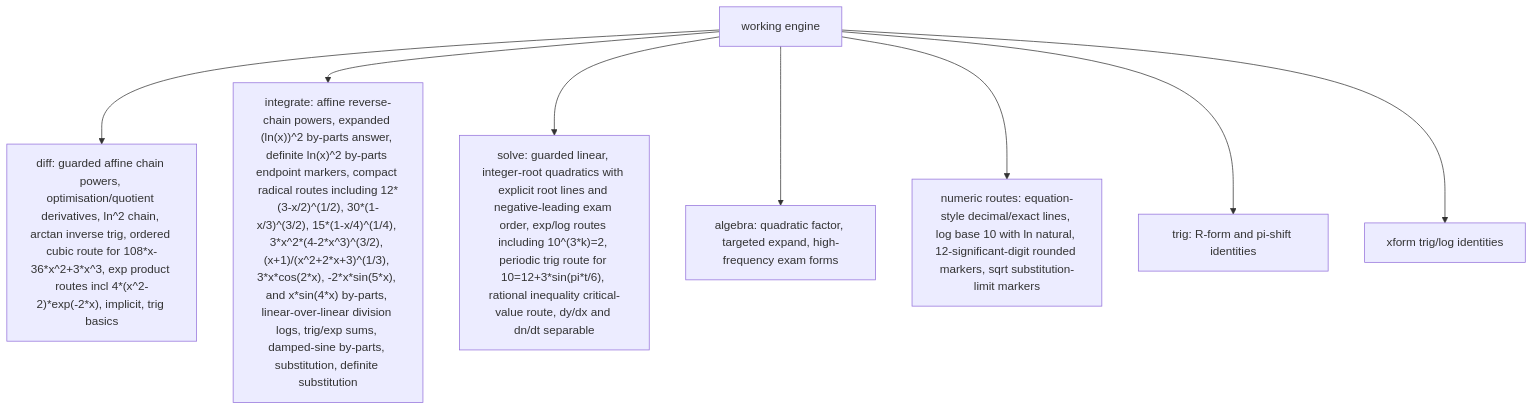
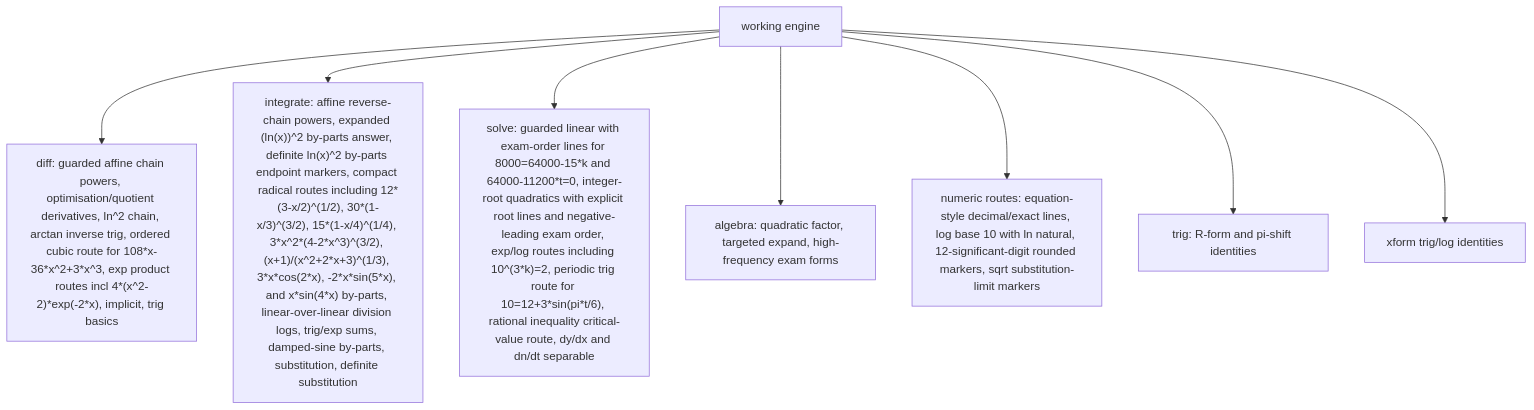
The third of 6 diagrams in docs/GRAPH.md (james8464/notes-addin-casio-fx-cg50), drawn with Mermaid before and after one commit. The commit also changed other lines of this file and 4 other files, not shown here.

Commit message:
improve linear solve working markers

````diff
--- a/docs/GRAPH.md
+++ b/docs/GRAPH.md
@@ -36,10 +36,10 @@
 ```mermaid
 graph TD
   Work["working engine"] --> Diff["diff: guarded affine chain powers, optimisation/quotient derivatives, ln^2 chain, arctan inverse trig, ordered cubic route for 108*x-36*x^2+3*x^3, exp product routes incl 4*(x^2-2)*exp(-2*x), implicit, trig basics"]
   Work --> Int["integrate: affine reverse-chain powers, expanded (ln(x))^2 by-parts answer, definite ln(x)^2 by-parts endpoint markers, compact radical routes including 12*(3-x/2)^(1/2), 30*(1-x/3)^(3/2), 15*(1-x/4)^(1/4), 3*x^2*(4-2*x^3)^(3/2), (x+1)/(x^2+2*x+3)^(1/3), 3*x*cos(2*x), -2*x*sin(5*x), and x*sin(4*x) by-parts, linear-over-linear division logs, trig/exp sums, damped-sine by-parts, substitution, definite substitution"]
-  Work --> Solve["solve: guarded linear, integer-root quadratics with explicit root lines and negative-leading exam order, exp/log routes including 10^(3*k)=2, periodic trig route for 10=12+3*sin(pi*t/6), rational inequality critical-value route, dy/dx and dn/dt separable"]
+  Work --> Solve["solve: guarded linear with exam-order lines for 8000=64000-15*k and 64000-11200*t=0, integer-root quadratics with explicit root lines and negative-leading exam order, exp/log routes including 10^(3*k)=2, periodic trig route for 10=12+3*sin(pi*t/6), rational inequality critical-value route, dy/dx and dn/dt separable"]
   Work --> Alg["algebra: quadratic factor, targeted expand, high-frequency exam forms"]
   Work --> Num["numeric routes: equation-style decimal/exact lines, log base 10 with ln natural, 12-significant-digit rounded markers, sqrt substitution-limit markers"]
   Work --> Trig["trig: R-form and pi-shift identities"]
   Work --> Xform["xform trig/log identities"]
 ```
````
